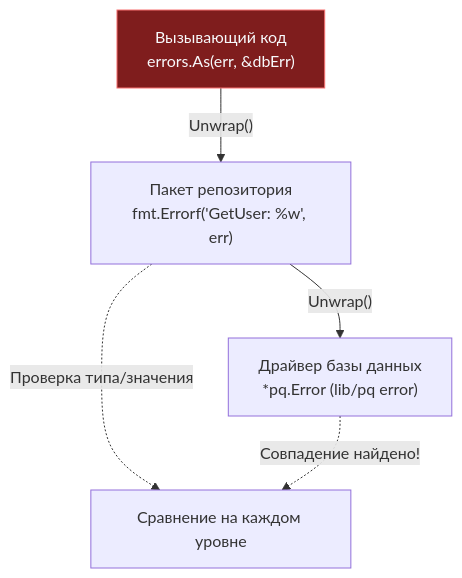
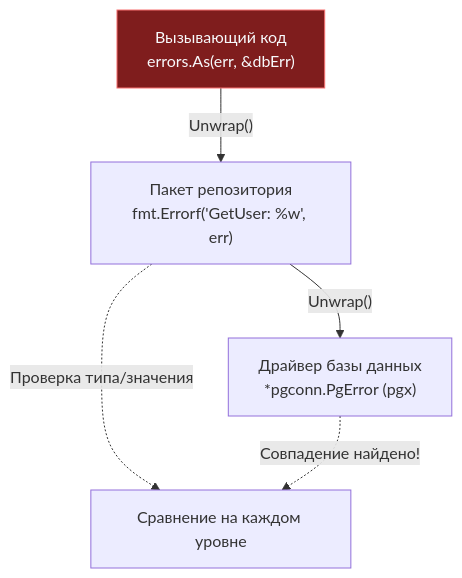
Before and after one commit to UnrealTemplier/go-textbook-ru: the fourth of 4 diagrams in sources/6. Стандартная библиотека Go/3. errors. Создание, оборачивание и сравнение ошибок.md, drawn with Mermaid. The commit also changed other lines of this file and 47 other files, not shown here.

````diff
--- a/sources/6. Стандартная библиотека Go/3. errors. Создание, оборачивание и сравнение ошибок.md
+++ b/sources/6. Стандартная библиотека Go/3. errors. Создание, оборачивание и сравнение ошибок.md
@@ -210,18 +210,18 @@
 ```mermaid
 flowchart TD
     classDef process  fill:#1e293b,stroke:#38bdf8,stroke-width:1px,color:#f8fafc
     classDef success  fill:#064e3b,stroke:#34d399,stroke-width:1px,color:#f8fafc
     classDef error    fill:#7f1d1d,stroke:#f87171,stroke-width:1px,color:#f8fafc
     classDef warning  fill:#78350f,stroke:#fbbf24,stroke-width:1px,color:#f8fafc
     classDef entry    fill:#1e3a5f,stroke:#38bdf8,stroke-width:2px,color:#f8fafc
     classDef aux      fill:#334155,stroke:#64748b,stroke-width:1px,color:#f8fafc
     classDef system   fill:#312e81,stroke:#a78bfa,stroke-width:1px,color:#f8fafc
     classDef data     fill:#132d29,stroke:#2dd4bf,stroke-width:1px,color:#f8fafc
     classDef network  fill:#881337,stroke:#fb7185,stroke-width:1px,color:#f8fafc
     classDef accent   fill:#1e1b4b,stroke:#818cf8,stroke-width:1px,color:#f8fafc
     A["Вызывающий код<br>errors.As(err, &dbErr)"]:::error -->|"Unwrap()"| B["Пакет репозитория<br>fmt.Errorf('GetUser: %w', err)"]
-    B -->|"Unwrap()"| C["Драйвер базы данных<br>*pq.Error (lib/pq error)"]
+    B -->|"Unwrap()"| C["Драйвер базы данных<br>*pgconn.PgError (pgx)"]
     
     B -.->|"Проверка типа/значения"| Check["Сравнение на каждом уровне"]
     C -.->|"Совпадение найдено!"| Check
 ```
````
